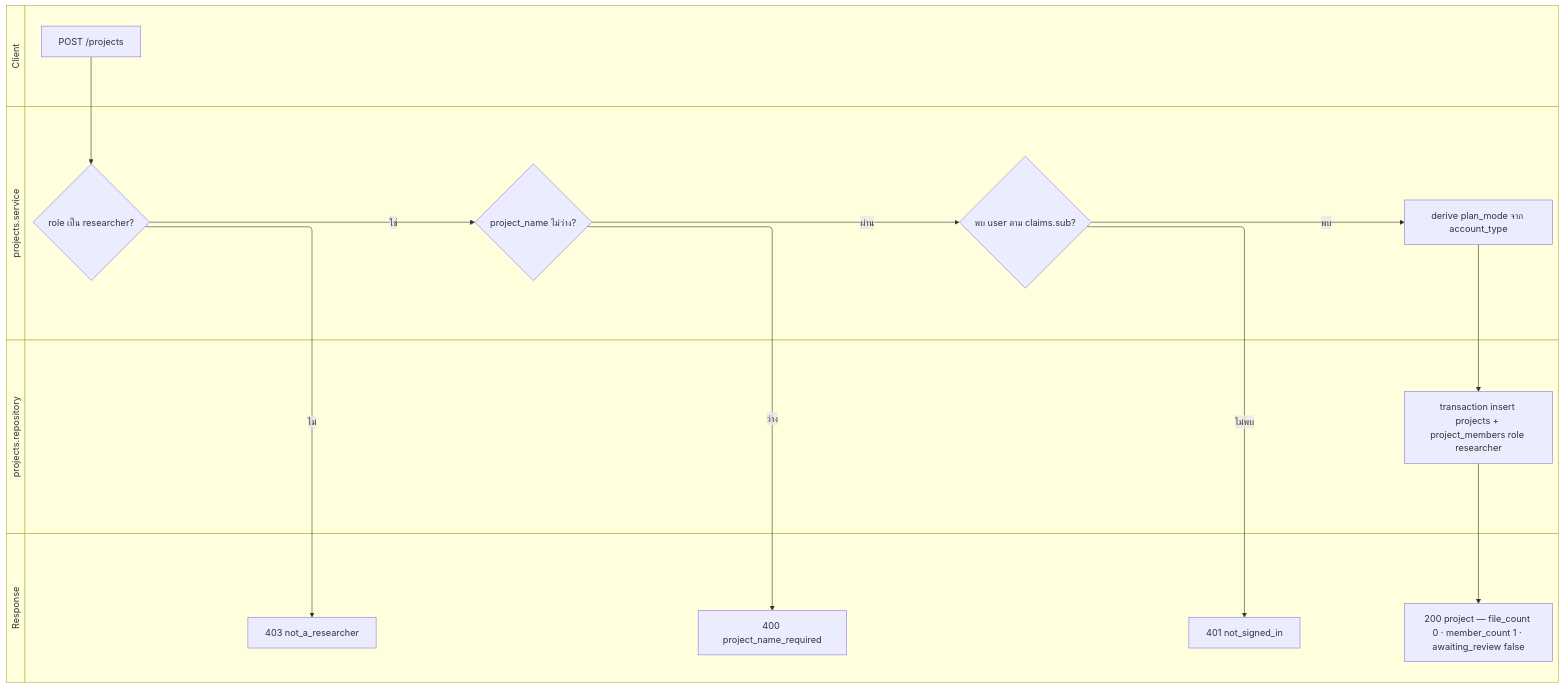
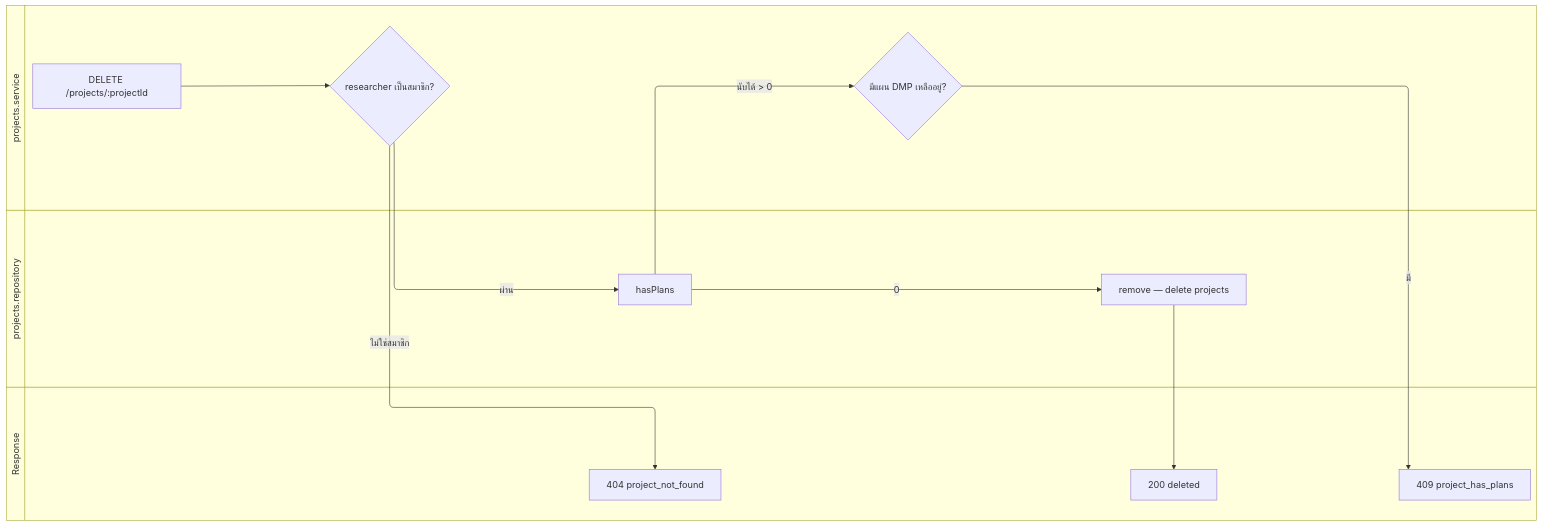
The diagram in src/features/projects/README.md (Open-Science-and-Data-management/Backend), drawn with Mermaid before and after one commit. The commit also changed other lines of this file and 22 other files, not shown here.

Commit message:
chore(wip): FF2569 form-aware ingestion — plan, spec, research, template schema, OOXML extractor, fixture, jszip dep (pre-implementation baseline)

````diff
--- a/src/features/projects/README.md
+++ b/src/features/projects/README.md
@@ -120,30 +105,24 @@
 ```mermaid
 swimlane-beta LR
-    subgraph client [Client]
-        A[POST /projects]
-    end
     subgraph svc [projects.service]
-        B{role เป็น researcher?}
-        C{project_name ไม่ว่าง?}
-        D{พบ user ตาม claims.sub?}
-        E[derive plan_mode จาก account_type]
+        A[DELETE /projects/:projectId]
+        B{researcher เป็นสมาชิก?}
+        D{มีแผน DMP เหลืออยู่?}
     end
     subgraph repo [projects.repository]
-        F[transaction insert projects + project_members role researcher]
+        C[hasPlans]
+        F[remove — delete projects]
     end
     subgraph res [Response]
-        G[403 not_a_researcher]
-        H[400 project_name_required]
-        I[401 not_signed_in]
-        J[200 project — file_count 0 · member_count 1 · awaiting_review false]
+        E[404 project_not_found]
+        G[409 project_has_plans]
+        H[200 deleted]
     end
     A --> B
-    B -->|ไม่| G
-    B -->|ใช่| C
-    C -->|ว่าง| H
-    C -->|ผ่าน| D
-    D -->|ไม่พบ| I
-    D -->|พบ| E
-    E --> F
-    F --> J
+    B -->|ไม่ใช่สมาชิก| E
+    B -->|ผ่าน| C
+    C -->|นับได้ > 0| D
+    C -->|0| F
+    D -->|มี| G
+    F --> H
 ```
````
